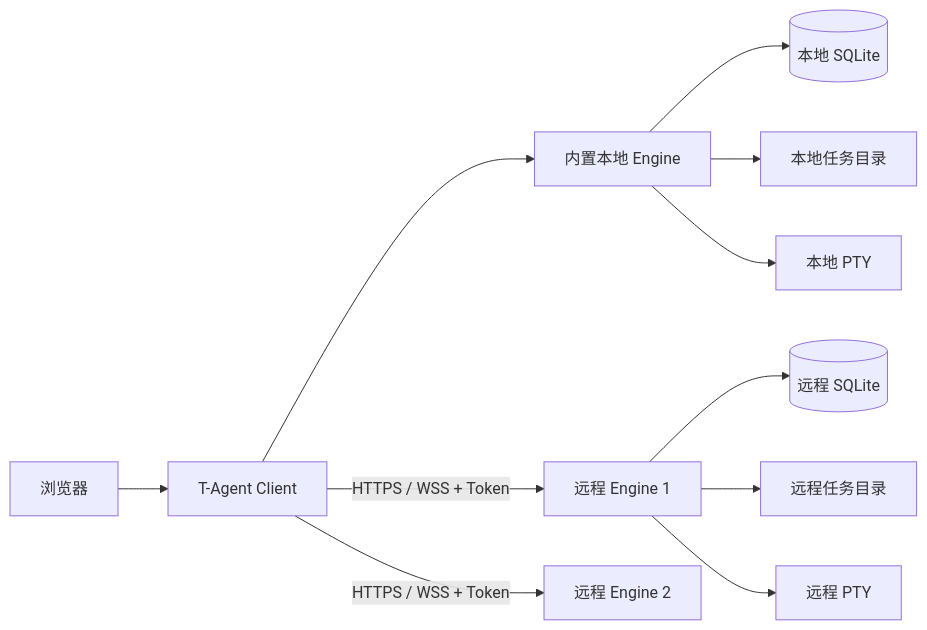
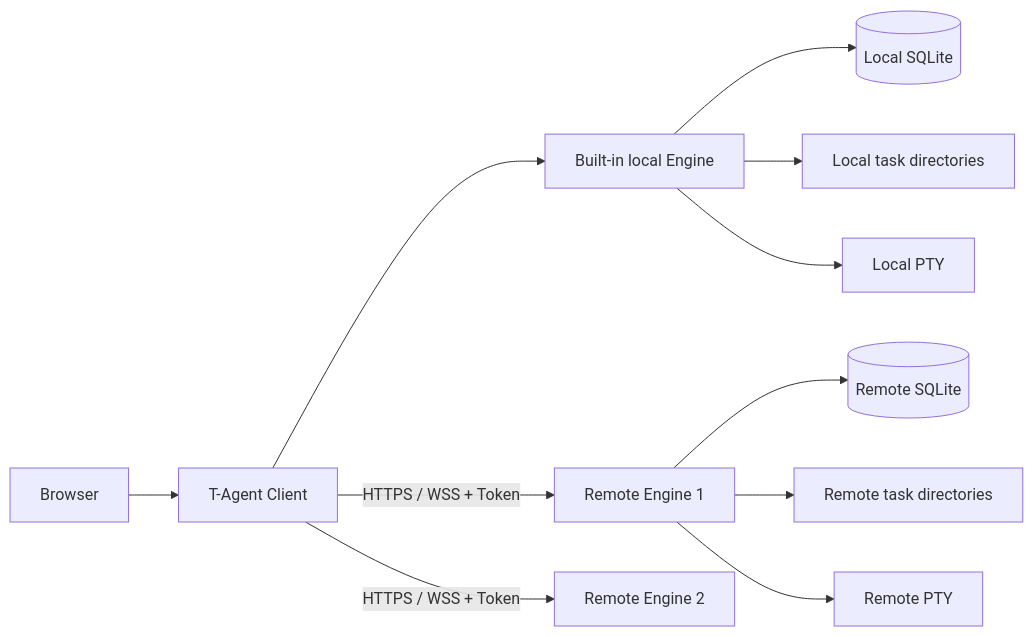
The diagram in README.md (TorinMars/t-agent), drawn with Mermaid before and after one commit. The commit also changed other lines of this file and 193 other files, not shown here.

````diff
--- a/README.md
+++ b/README.md
@@ -13,13 +13,13 @@
 ```mermaid
 flowchart LR
-    Browser[浏览器] --> Client[T-Agent Client]
-    Client --> Local[内置本地 Engine]
-    Client -->|HTTPS / WSS + Token| Remote1[远程 Engine 1]
-    Client -->|HTTPS / WSS + Token| Remote2[远程 Engine 2]
-    Local --> LocalDB[(本地 SQLite)]
-    Local --> LocalFiles[本地任务目录]
-    Local --> LocalPTY[本地 PTY]
-    Remote1 --> RemoteDB[(远程 SQLite)]
-    Remote1 --> RemoteFiles[远程任务目录]
-    Remote1 --> RemotePTY[远程 PTY]
+    Browser[Browser] --> Client[T-Agent Client]
+    Client --> Local[Built-in local Engine]
+    Client -->|HTTPS / WSS + Token| Remote1[Remote Engine 1]
+    Client -->|HTTPS / WSS + Token| Remote2[Remote Engine 2]
+    Local --> LocalDB[(Local SQLite)]
+    Local --> LocalFiles[Local task directories]
+    Local --> LocalPTY[Local PTY]
+    Remote1 --> RemoteDB[(Remote SQLite)]
+    Remote1 --> RemoteFiles[Remote task directories]
+    Remote1 --> RemotePTY[Remote PTY]
 ```
````
